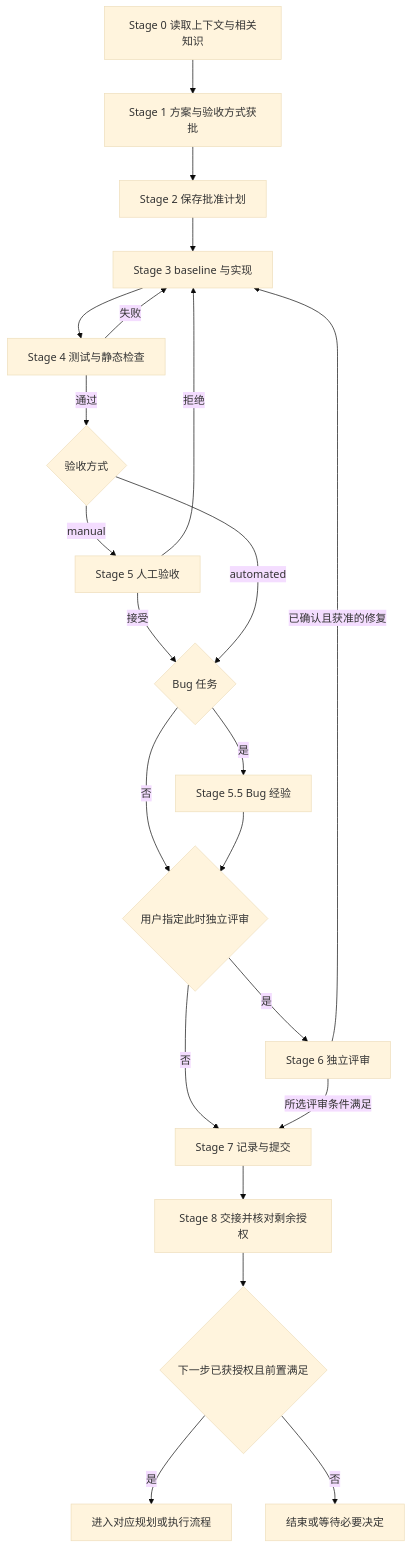
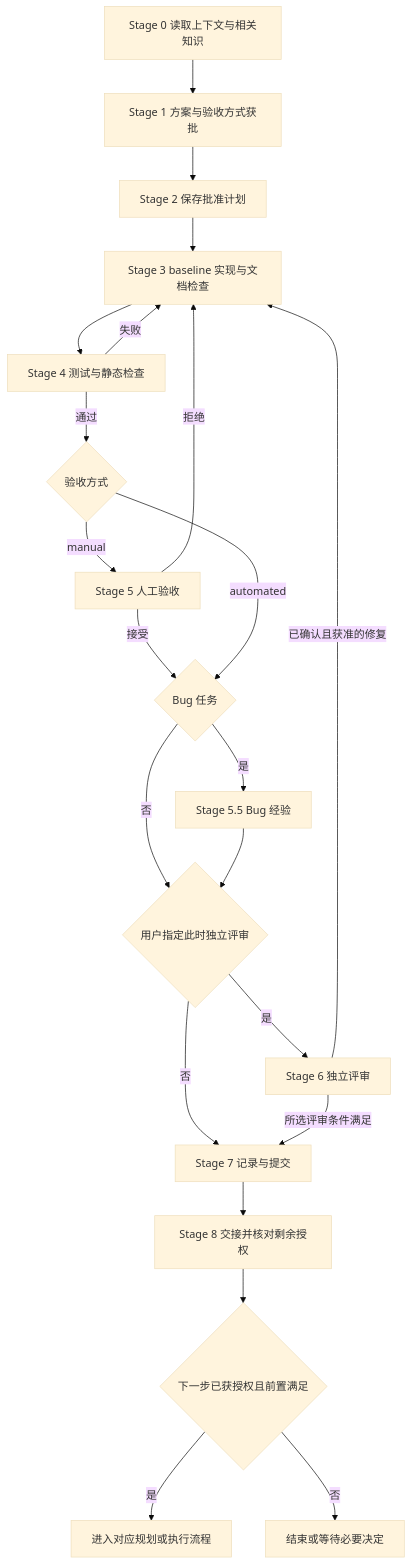
One commit to yxy823/Game_idle_yaya_frame changed the diagram in framework/docs/blank-project/guides/feature-delivery.md. Above: the diagram before and after it, drawn with Mermaid (base theme). The commit also changed other lines of this file and 41 other files, not shown here.

````diff
--- a/framework/docs/blank-project/guides/feature-delivery.md
+++ b/framework/docs/blank-project/guides/feature-delivery.md
@@ -161,24 +165,24 @@
 ```mermaid
 flowchart TD
     S0[Stage 0 读取上下文与相关知识] --> S1[Stage 1 方案与验收方式获批]
     S1 --> S2[Stage 2 保存批准计划]
-    S2 --> S3[Stage 3 baseline 与实现]
+    S2 --> S3[Stage 3 baseline 实现与文档检查]
     S3 --> S4[Stage 4 测试与静态检查]
     S4 -->|失败| S3
     S4 -->|通过| A{验收方式}
     A -->|manual| S5[Stage 5 人工验收]
     S5 -->|拒绝| S3
     S5 -->|接受| B{Bug 任务}
     A -->|automated| B
     B -->|是| S55[Stage 5.5 Bug 经验]
     B -->|否| R{用户指定此时独立评审}
     S55 --> R
     R -->|是| S6[Stage 6 独立评审]
     R -->|否| S7[Stage 7 记录与提交]
     S6 -->|已确认且获准的修复| S3
     S6 -->|所选评审条件满足| S7
     S7 --> S8[Stage 8 交接并核对剩余授权]
     S8 --> N{下一步已获授权且前置满足}
     N -->|是| W[进入对应规划或执行流程]
     N -->|否| E[结束或等待必要决定]
 ```
````
